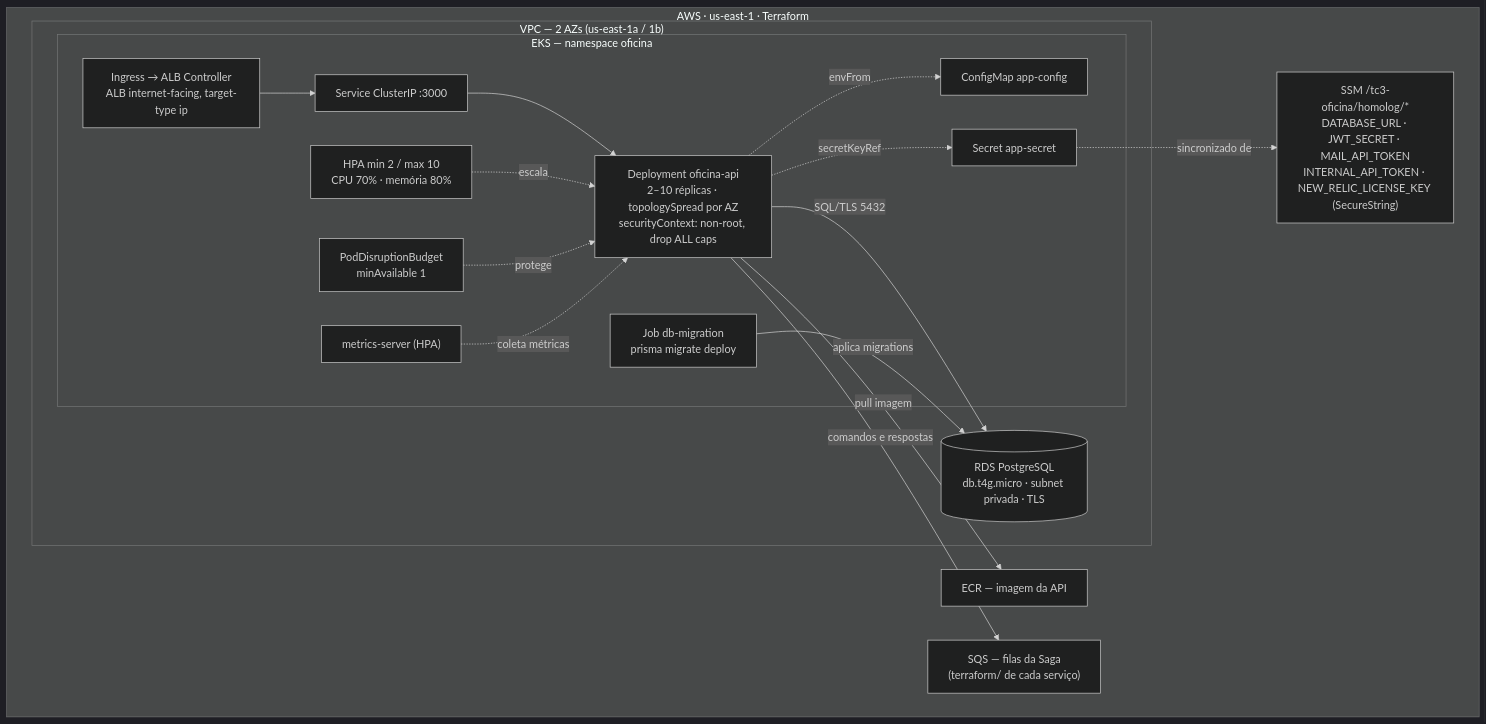
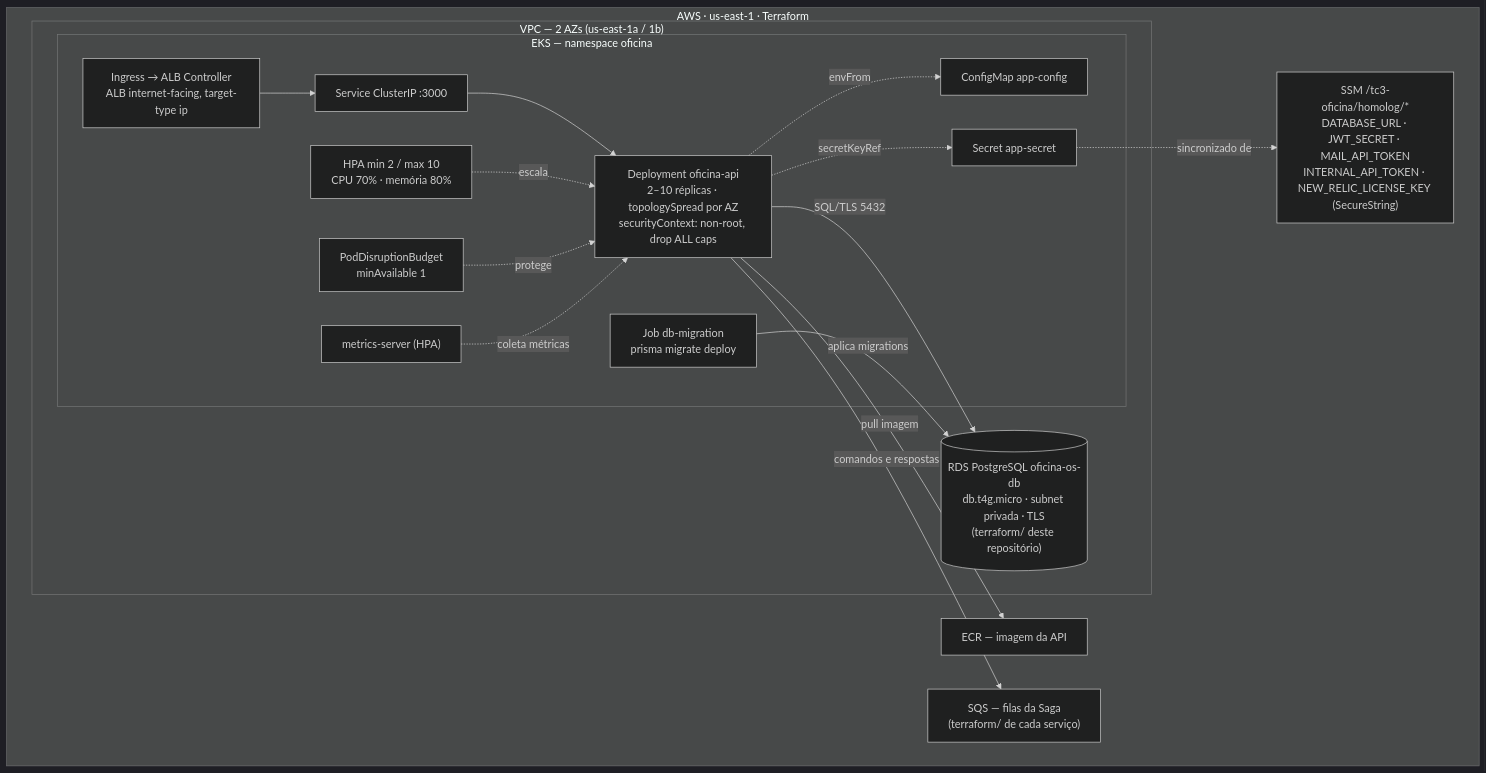
Before and after one commit to fiap-soat-oficina-tech-challenge/tech-challenge-fiap: the eighth of 12 diagrams in README.md, drawn with Mermaid (dark theme). The commit also changed other lines of this file and 5 other files, not shown here.

````diff
--- a/README.md
+++ b/README.md
@@ -513,34 +581,34 @@
 ```mermaid
 graph TB
     subgraph AWS["AWS · us-east-1 · Terraform"]
         subgraph VPC["VPC — 2 AZs (us-east-1a / 1b)"]
             subgraph EKS["EKS — namespace oficina"]
                 Ingress["Ingress → ALB Controller<br/>ALB internet-facing, target-type ip"]
                 Svc["Service ClusterIP :3000"]
                 Deploy["Deployment oficina-api<br/>2–10 réplicas · topologySpread por AZ<br/>securityContext: non-root, drop ALL caps"]
                 HPA["HPA min 2 / max 10<br/>CPU 70% · memória 80%"]
                 PDB["PodDisruptionBudget<br/>minAvailable 1"]
                 CM["ConfigMap app-config"]
                 Sec["Secret app-secret"]
                 Job["Job db-migration<br/>prisma migrate deploy"]
                 MS["metrics-server (HPA)"]
             end
-            RDS[("RDS PostgreSQL<br/>db.t4g.micro · subnet privada · TLS")]
+            RDS[("RDS PostgreSQL oficina-os-db<br/>db.t4g.micro · subnet privada · TLS<br/>(terraform/ deste repositório)")]
         end
         ECR["ECR — imagem da API"]
         SSM["SSM /tc3-oficina/homolog/*<br/>DATABASE_URL · JWT_SECRET · MAIL_API_TOKEN<br/>INTERNAL_API_TOKEN · NEW_RELIC_LICENSE_KEY (SecureString)"]
         SQS["SQS — filas da Saga<br/>(terraform/ de cada serviço)"]
     end
 
     Ingress --> Svc --> Deploy
     HPA -.->|escala| Deploy
     PDB -.->|protege| Deploy
     Deploy -.->|envFrom| CM
     Deploy -.->|secretKeyRef| Sec
     Deploy -->|"SQL/TLS 5432"| RDS
     Deploy -->|pull imagem| ECR
     Deploy -->|"comandos e respostas"| SQS
     Sec -.->|sincronizado de| SSM
     Job -->|aplica migrations| RDS
     MS -.->|coleta métricas| Deploy
 ```
````
